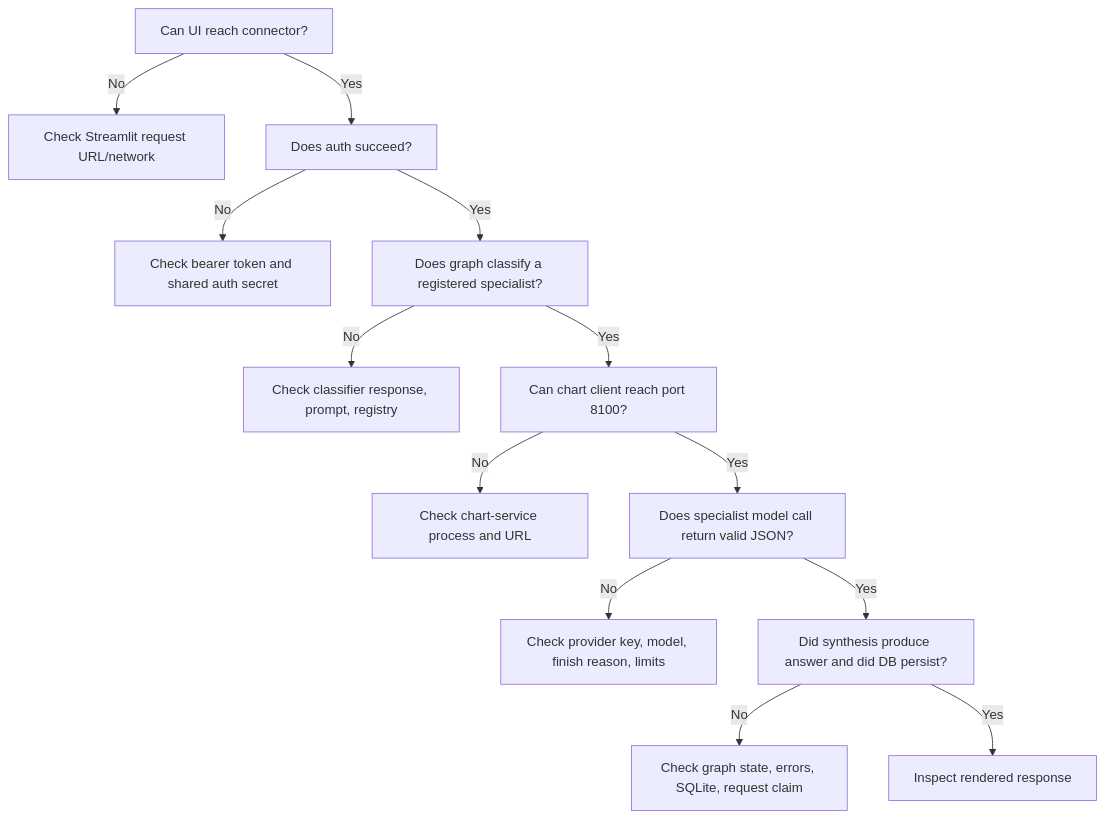
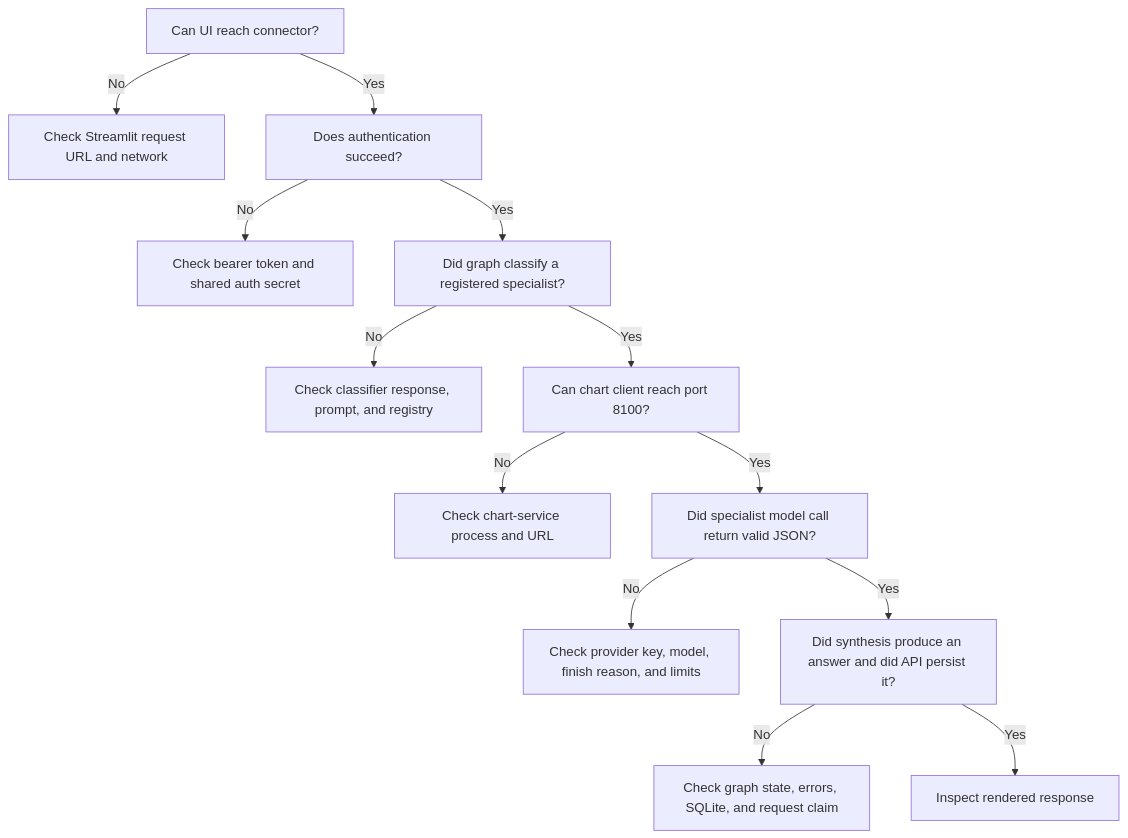
The second of 3 diagrams in docs/book/09-testing-and-operations.md (chamanthmvs/AstroWeave), drawn with Mermaid before and after one commit. The commit also changed other lines of this file and 10 other files, not shown here.

````diff
--- a/docs/book/09-testing-and-operations.md
+++ b/docs/book/09-testing-and-operations.md
@@ -111,15 +111,15 @@
 ```mermaid
 flowchart TD
-    A[Can UI reach connector?] -->|No| U[Check Streamlit request URL/network]
-    A -->|Yes| B[Does auth succeed?]
-    B -->|No| T[Check bearer token and shared auth secret]
-    B -->|Yes| C[Does graph classify a registered specialist?]
-    C -->|No| P[Check classifier response, prompt, registry]
-    C -->|Yes| D[Can chart client reach port 8100?]
-    D -->|No| CH[Check chart-service process and URL]
-    D -->|Yes| E[Does specialist model call return valid JSON?]
-    E -->|No| L[Check provider key, model, finish reason, limits]
-    E -->|Yes| F[Did synthesis produce answer and did DB persist?]
-    F -->|No| S[Check graph state, errors, SQLite, request claim]
-    F -->|Yes| DONE[Inspect rendered response]
+    A["Can UI reach connector?"] -->|No| U["Check Streamlit request URL and network"]
+    A -->|Yes| B["Does authentication succeed?"]
+    B -->|No| T["Check bearer token and shared auth secret"]
+    B -->|Yes| C["Did graph classify a registered specialist?"]
+    C -->|No| P["Check classifier response, prompt, and registry"]
+    C -->|Yes| D["Can chart client reach port 8100?"]
+    D -->|No| CH["Check chart-service process and URL"]
+    D -->|Yes| E["Did specialist model call return valid JSON?"]
+    E -->|No| L["Check provider key, model, finish reason, and limits"]
+    E -->|Yes| F["Did synthesis produce an answer and did API persist it?"]
+    F -->|No| S["Check graph state, errors, SQLite, and request claim"]
+    F -->|Yes| DONE["Inspect rendered response"]
 ```
````
